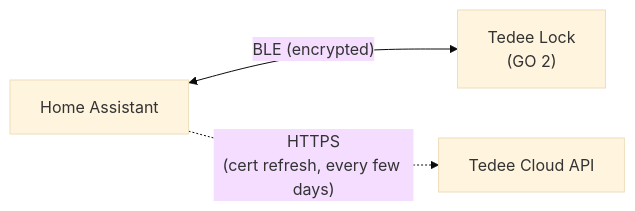
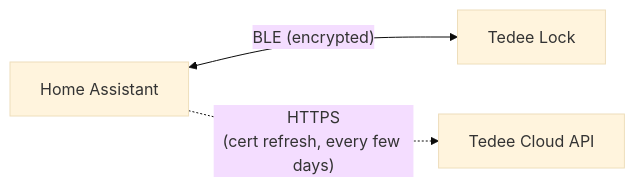
Before and after one commit to meltingice1337/tedee_ble: the first of 2 diagrams in README.md, drawn with Mermaid (base theme). The commit also changed other lines of this file, not shown here.

Commit message:
docs: update README for clarity on Tedee lock models and enhance troubleshooting section

````diff
--- a/README.md
+++ b/README.md
@@ -156,9 +158,9 @@
 ```mermaid
 flowchart LR
     HA["Home Assistant"]
-    Lock["Tedee Lock<br/>(GO 2)"]
+    Lock["Tedee Lock"]
     Cloud["Tedee Cloud API"]
 
     HA <-->|"BLE (encrypted)"| Lock
     HA -.->|"HTTPS<br/>(cert refresh, every few days)"| Cloud
 ```
````
